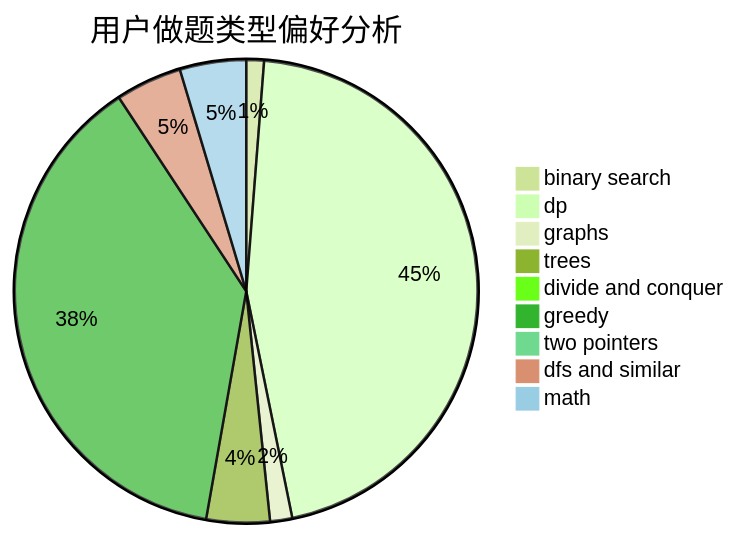
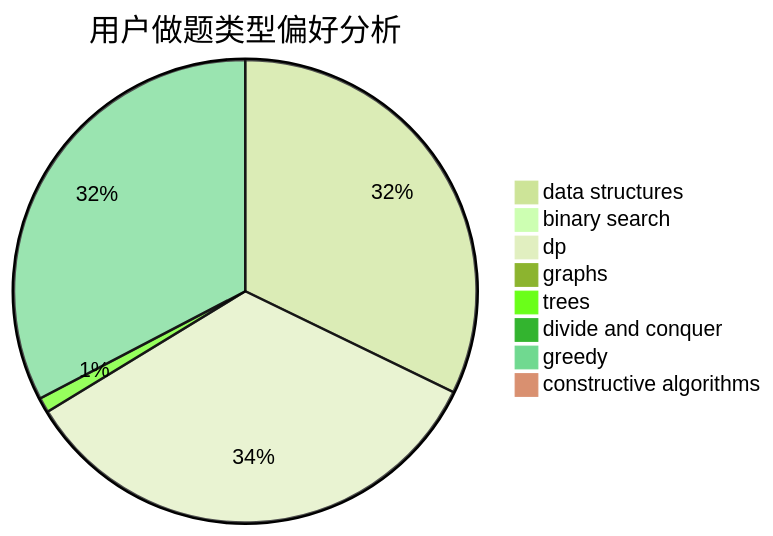
The second of 3 diagrams in docs/user/u1114.md (sherpahu/cfrs.github.io), drawn with Mermaid (forest theme) before and after one commit. The commit also changed other lines of this file and 2775 other files, not shown here.

````diff
--- a/docs/user/u1114.md
+++ b/docs/user/u1114.md
@@ -23,12 +23,11 @@
 ```mermaid
 pie title 用户做题类型偏好分析
-    "binary search" :  12
-    "dp" :  443
-    "graphs" :  15
-    "trees" :  43
+    "data structures" :  337
+    "binary search" :  4
+    "dp" :  357
+    "graphs" :  7
+    "trees" :  11
     "divide and conquer" :  0
-    "greedy" :  369
-    "two pointers" :  6
-    "dfs and similar" :  45
-    "math" :  45
+    "greedy" :  342
+    "constructive algorithms" :  5
 ```
````
